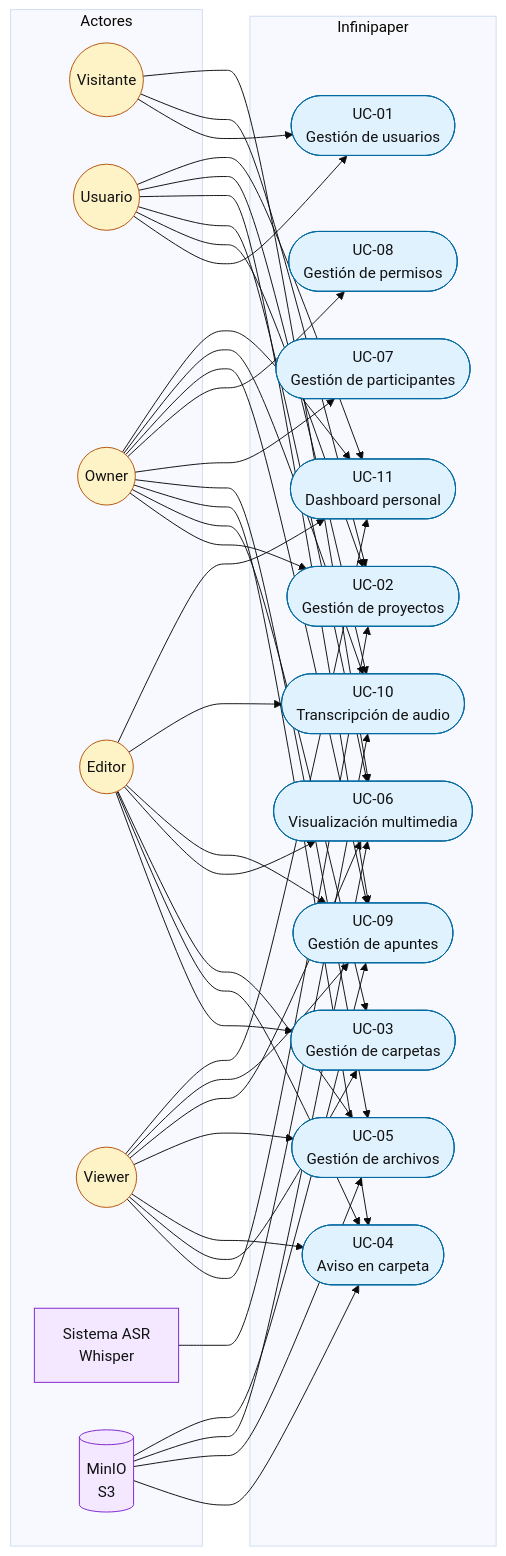
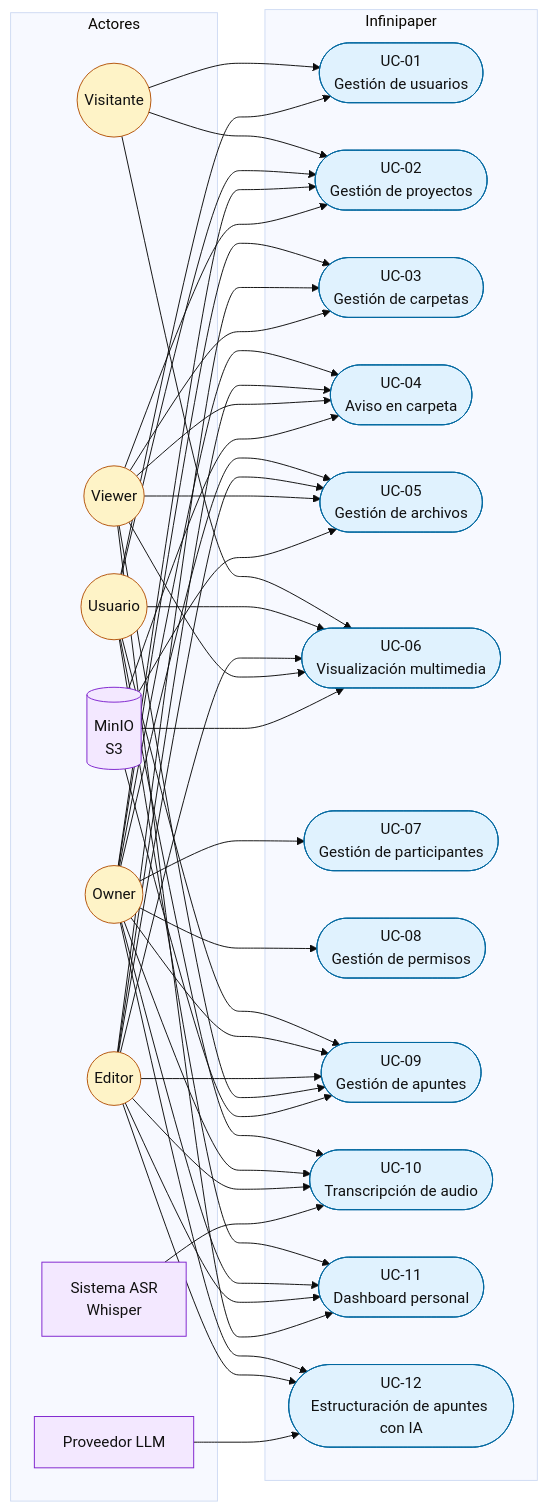
The diagram in docs/sdd/diagramas/casos-de-uso.md (CesarKnight/infinipaper-proy), drawn with Mermaid before and after one commit. The commit also changed other lines of this file and 74 other files, not shown here.

````diff
--- a/docs/sdd/diagramas/casos-de-uso.md
+++ b/docs/sdd/diagramas/casos-de-uso.md
@@ -5,74 +5,79 @@
 ```mermaid
 %%{init: {"theme": "base", "themeVariables": {"fontFamily": "Inter, sans-serif"}}}%%
 flowchart LR
   classDef actor fill:#fef3c7,stroke:#b45309,stroke-width:1px,color:#111
   classDef usecase fill:#e0f2fe,stroke:#0369a1,stroke-width:1px,color:#111
   classDef external fill:#f3e8ff,stroke:#7e22ce,stroke-width:1px,color:#111
 
   subgraph Actores["Actores"]
     Visitante((Visitante)):::actor
     Usuario((Usuario)):::actor
     Owner((Owner)):::actor
     Editor((Editor)):::actor
     Viewer((Viewer)):::actor
     Whisper[Sistema ASR<br/>Whisper]:::external
     MinIO[(MinIO<br/>S3)]:::external
+    LLM[Proveedor LLM]:::external
   end
 
   subgraph Sistema["Infinipaper"]
     UC01([UC-01<br/>Gestión de usuarios]):::usecase
     UC02([UC-02<br/>Gestión de proyectos]):::usecase
     UC03([UC-03<br/>Gestión de carpetas]):::usecase
     UC04([UC-04<br/>Aviso en carpeta]):::usecase
     UC05([UC-05<br/>Gestión de archivos]):::usecase
     UC06([UC-06<br/>Visualización multimedia]):::usecase
     UC07([UC-07<br/>Gestión de participantes]):::usecase
     UC08([UC-08<br/>Gestión de permisos]):::usecase
     UC09([UC-09<br/>Gestión de apuntes]):::usecase
     UC10([UC-10<br/>Transcripción de audio]):::usecase
     UC11([UC-11<br/>Dashboard personal]):::usecase
+    UC12([UC-12<br/>Estructuración de apuntes con IA]):::usecase
   end
 
   Visitante --> UC01
   Visitante --> UC02
   Visitante --> UC06
 
   Usuario --> UC01
   Usuario --> UC02
   Usuario --> UC06
   Usuario --> UC09
   Usuario --> UC10
   Usuario --> UC11
 
   Owner --> UC02
   Owner --> UC03
   Owner --> UC04
   Owner --> UC05
   Owner --> UC07
   Owner --> UC08
   Owner --> UC09
   Owner --> UC10
   Owner --> UC11
+  Owner --> UC12
 
   Editor --> UC03
   Editor --> UC04
   Editor --> UC05
   Editor --> UC06
   Editor --> UC09
   Editor --> UC10
   Editor --> UC11
+  Editor --> UC12
 
   Viewer --> UC02
   Viewer --> UC03
   Viewer --> UC04
   Viewer --> UC05
   Viewer --> UC06
   Viewer --> UC09
   Viewer --> UC11
 
   Whisper --> UC10
   MinIO --> UC04
   MinIO --> UC05
   MinIO --> UC06
   MinIO --> UC09
+  LLM --> UC12
 ```
````
